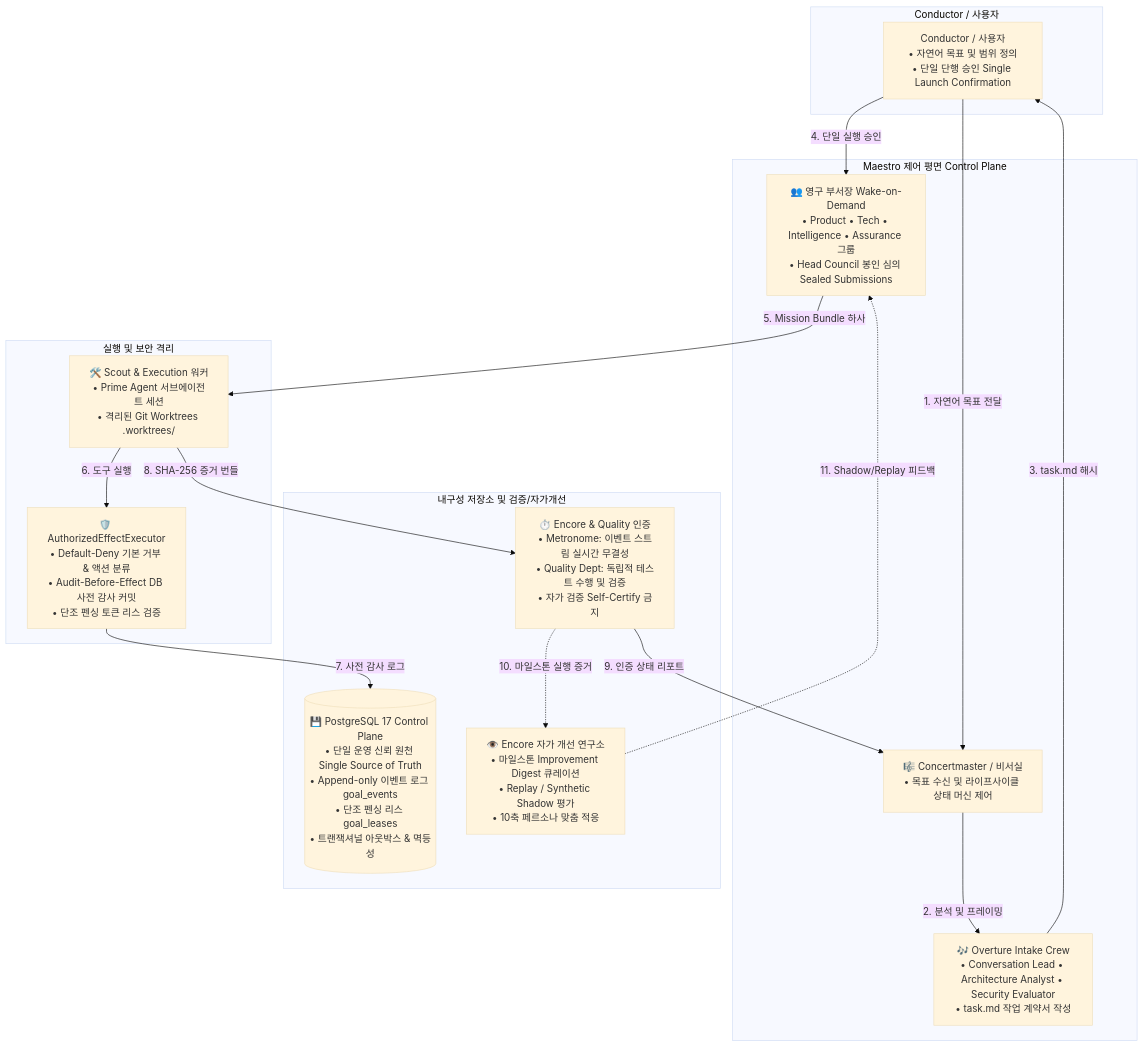
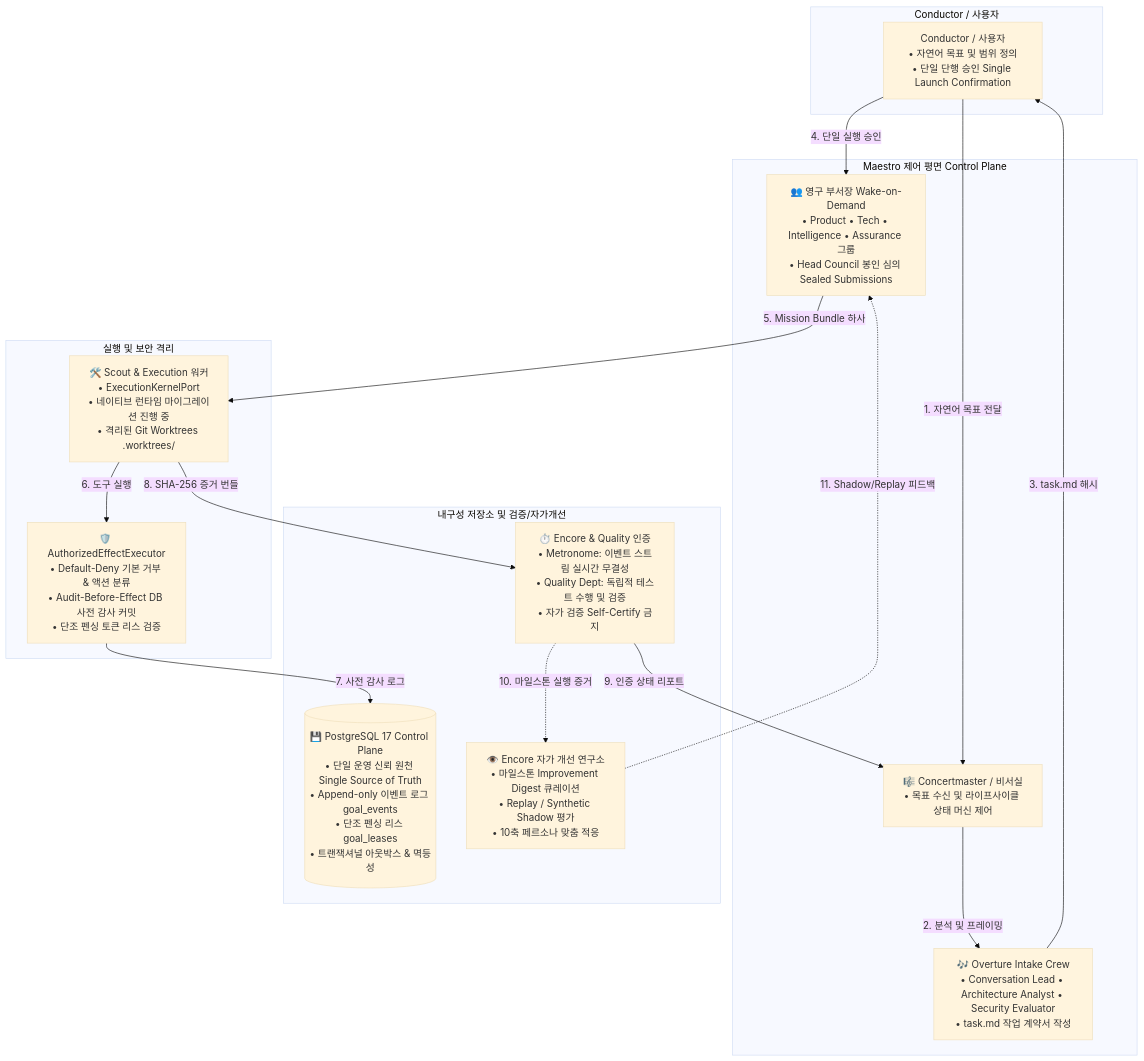
One commit to noth3dev/maestro changed the diagram in docs/ko/01-system-overview.md. Above: the diagram before and after it, drawn with Mermaid (base theme). The commit also changed other lines of this file and 32 other files, not shown here.

````diff
--- a/docs/ko/01-system-overview.md
+++ b/docs/ko/01-system-overview.md
@@ -7,35 +7,35 @@
 ```mermaid
 flowchart TD
     subgraph UserLayer [Conductor / 사용자]
         CONDUCTOR[Conductor / 사용자<br/>• 자연어 목표 및 범위 정의<br/>• 단일 단행 승인 Single Launch Confirmation]
     end
 
     subgraph ControlPlaneLayer [Maestro 제어 평면 Control Plane]
         CONCERTMASTER[🎼 Concertmaster / 비서실<br/>• 목표 수신 및 라이프사이클 상태 머신 제어]
         OVERTURE[🎶 Overture Intake Crew<br/>• Conversation Lead • Architecture Analyst • Security Evaluator<br/>• task.md 작업 계약서 작성]
         DEPARTMENTS[👥 영구 부서장 Wake-on-Demand<br/>• Product • Tech • Intelligence • Assurance 그룹<br/>• Head Council 봉인 심의 Sealed Submissions]
     end
 
     subgraph ExecutionSecurityLayer [실행 및 보안 격리]
-        WORKERS[🛠️ Scout & Execution 워커<br/>• Prime Agent 서브에이전트 세션<br/>• 격리된 Git Worktrees .worktrees/ ]
+        WORKERS[🛠️ Scout & Execution 워커<br/>• ExecutionKernelPort<br/>• 네이티브 런타임 마이그레이션 진행 중<br/>• 격리된 Git Worktrees .worktrees/ ]
         EXECUTOR[🛡️ AuthorizedEffectExecutor<br/>• Default-Deny 기본 거부 & 액션 분류<br/>• Audit-Before-Effect DB 사전 감사 커밋<br/>• 단조 펜싱 토큰 리스 검증]
     end
 
     subgraph PersistenceOversightLayer [내구성 저장소 및 검증/자가개선]
         ENCORE[⏱️ Encore & Quality 인증<br/>• Metronome: 이벤트 스트림 실시간 무결성<br/>• Quality Dept: 독립적 테스트 수행 및 검증<br/>• 자가 검증 Self-Certify 금지]
         POSTGRES[(💾 PostgreSQL 17 Control Plane<br/>• 단일 운영 신뢰 원천 Single Source of Truth<br/>• Append-only 이벤트 로그 goal_events<br/>• 단조 펜싱 리스 goal_leases<br/>• 트랜잭셔널 아웃박스 & 멱등성)]
         ENCORE_LAB[👁️ Encore 자가 개선 연구소<br/>• 마일스톤 Improvement Digest 큐레이션<br/>• Replay / Synthetic Shadow 평가<br/>• 10축 페르소나 맞춤 적응]
     end
 
     CONDUCTOR -->|1. 자연어 목표 전달| CONCERTMASTER
     CONCERTMASTER -->|2. 분석 및 프레이밍| OVERTURE
     OVERTURE -->|3. task.md 해시| CONDUCTOR
     CONDUCTOR -->|4. 단일 실행 승인| DEPARTMENTS
     DEPARTMENTS -->|5. Mission Bundle 하사| WORKERS
     WORKERS -->|6. 도구 실행| EXECUTOR
     EXECUTOR -->|7. 사전 감사 로그| POSTGRES
     WORKERS -->|8. SHA-256 증거 번들| ENCORE
     ENCORE -->|9. 인증 상태 리포트| CONCERTMASTER
     ENCORE -.->|10. 마일스톤 실행 증거| ENCORE_LAB
     ENCORE_LAB -.->|11. Shadow/Replay 피드백| DEPARTMENTS
 ```
````
